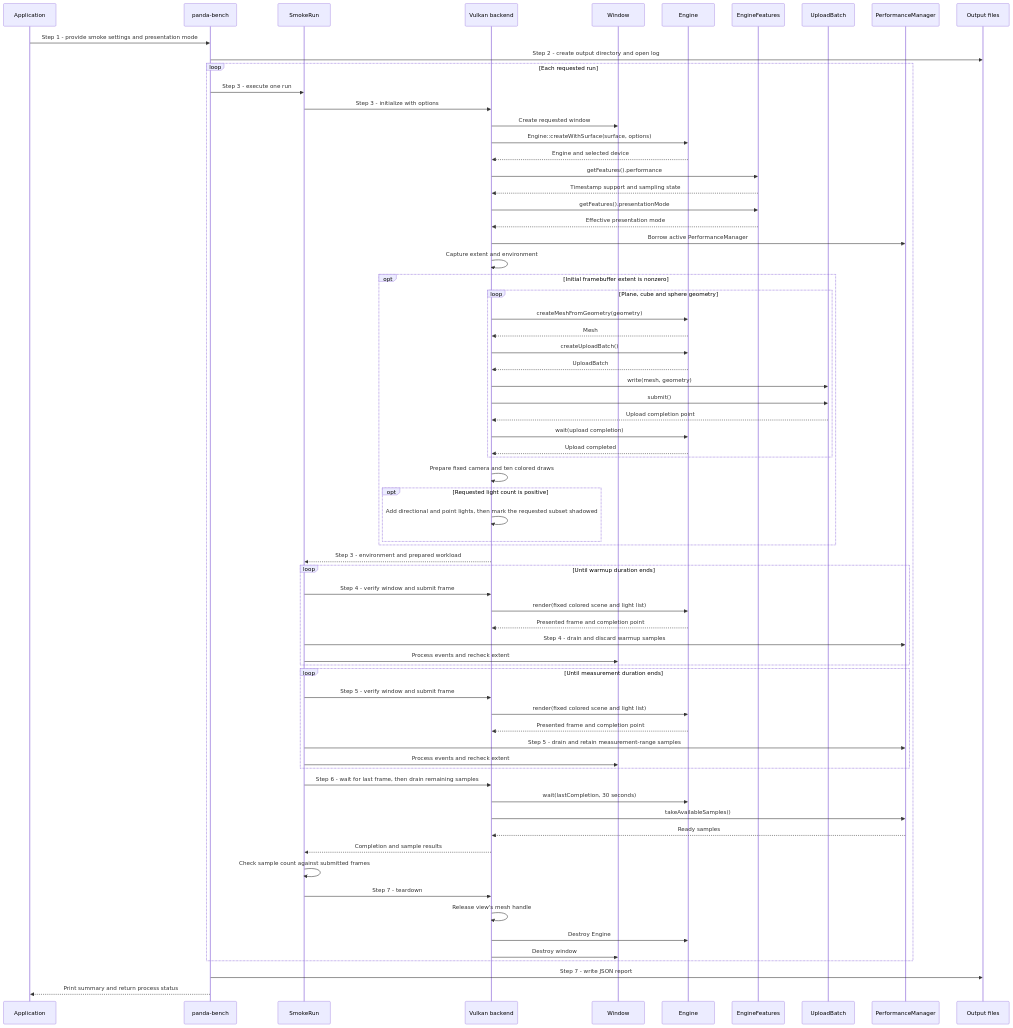
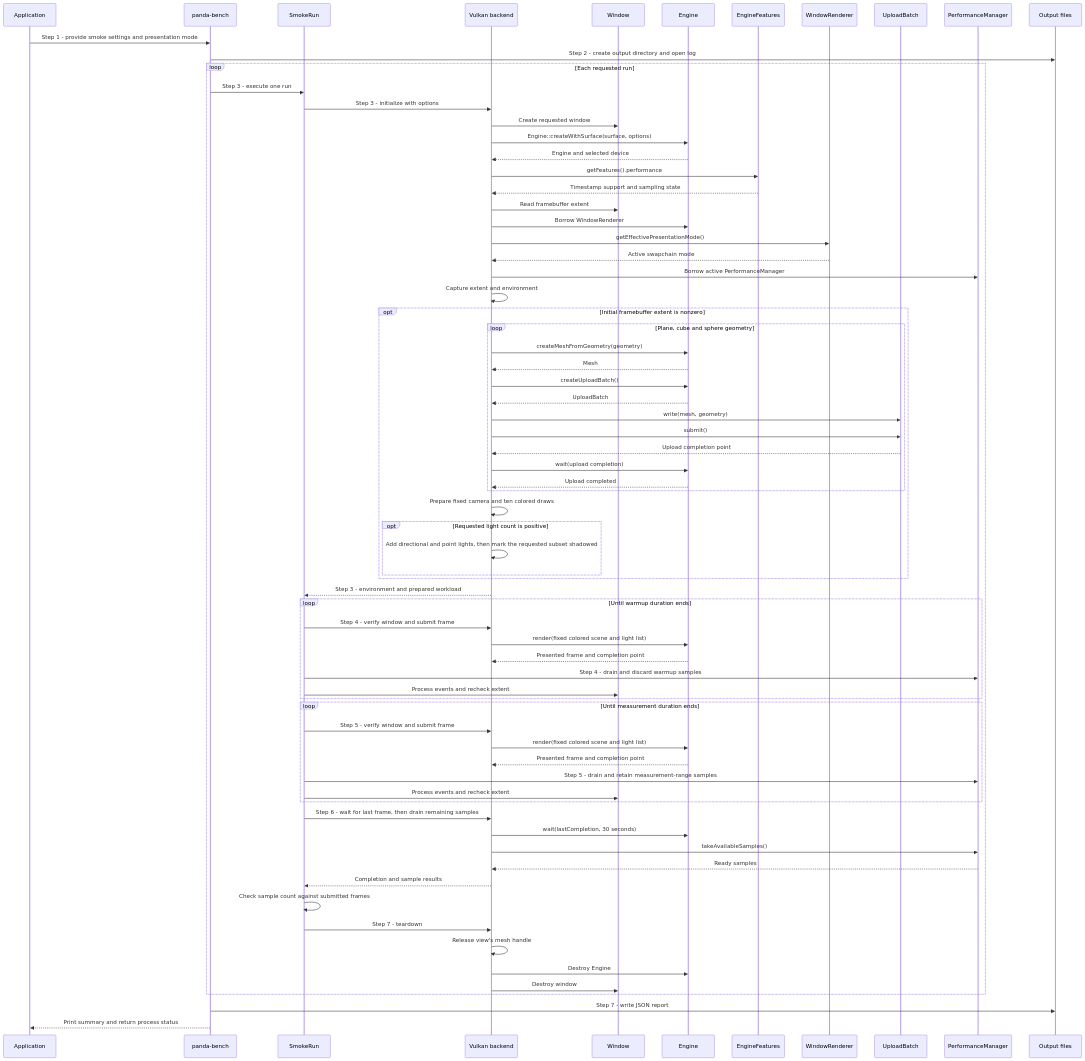
Before and after one commit to a-soltysik/Panda: the first of 2 diagrams in docs/use-cases/benchmark-smoke-run.md, drawn with Mermaid. The commit also changed other lines of this file and 56 other files, not shown here.

Commit message:
Add runtime graphics settings (#136)

````diff
--- a/docs/use-cases/benchmark-smoke-run.md
+++ b/docs/use-cases/benchmark-smoke-run.md
@@ -72,72 +73,75 @@
 ```mermaid
 sequenceDiagram
     participant A as Application
     participant M as panda-bench
     participant S as SmokeRun
     participant B as Vulkan backend
     participant W as Window
     participant C as Engine
     participant E as EngineFeatures
+    participant R as WindowRenderer
     participant U as UploadBatch
     participant P as PerformanceManager
     participant F as Output files
     A ->> M: Step 1 - provide smoke settings and presentation mode
     M ->> F: Step 2 - create output directory and open log
     loop Each requested run
         M ->> S: Step 3 - execute one run
         S ->> B: Step 3 - initialize with options
         B ->> W: Create requested window
         B ->> C: Engine::createWithSurface(surface, options)
         C -->> B: Engine and selected device
         B ->> E: getFeatures().performance
         E -->> B: Timestamp support and sampling state
-        B ->> E: getFeatures().presentationMode
-        E -->> B: Effective presentation mode
+        B ->> W: Read framebuffer extent
+        B ->> C: Borrow WindowRenderer
+        B ->> R: getEffectivePresentationMode()
+        R -->> B: Active swapchain mode
         B ->> P: Borrow active PerformanceManager
         B ->> B: Capture extent and environment
         opt Initial framebuffer extent is nonzero
             loop Plane, cube and sphere geometry
                 B ->> C: createMeshFromGeometry(geometry)
                 C -->> B: Mesh
                 B ->> C: createUploadBatch()
                 C -->> B: UploadBatch
                 B ->> U: write(mesh, geometry)
                 B ->> U: submit()
                 U -->> B: Upload completion point
                 B ->> C: wait(upload completion)
                 C -->> B: Upload completed
             end
             B ->> B: Prepare fixed camera and ten colored draws
             opt Requested light count is positive
                 B ->> B: Add directional and point lights, then mark the requested subset shadowed
             end
         end
         B -->> S: Step 3 - environment and prepared workload
         loop Until warmup duration ends
             S ->> B: Step 4 - verify window and submit frame
             B ->> C: render(fixed colored scene and light list)
             C -->> B: Presented frame and completion point
             S ->> P: Step 4 - drain and discard warmup samples
             S ->> W: Process events and recheck extent
         end
         loop Until measurement duration ends
             S ->> B: Step 5 - verify window and submit frame
             B ->> C: render(fixed colored scene and light list)
             C -->> B: Presented frame and completion point
             S ->> P: Step 5 - drain and retain measurement-range samples
             S ->> W: Process events and recheck extent
         end
         S ->> B: Step 6 - wait for last frame, then drain remaining samples
         B ->> C: wait(lastCompletion, 30 seconds)
         B ->> P: takeAvailableSamples()
         P -->> B: Ready samples
         B -->> S: Completion and sample results
         S ->> S: Check sample count against submitted frames
         S ->> B: Step 7 - teardown
         B ->> B: Release view's mesh handle
         B ->> C: Destroy Engine
         B ->> W: Destroy window
     end
     M ->> F: Step 7 - write JSON report
     M -->> A: Print summary and return process status
 ```
````
